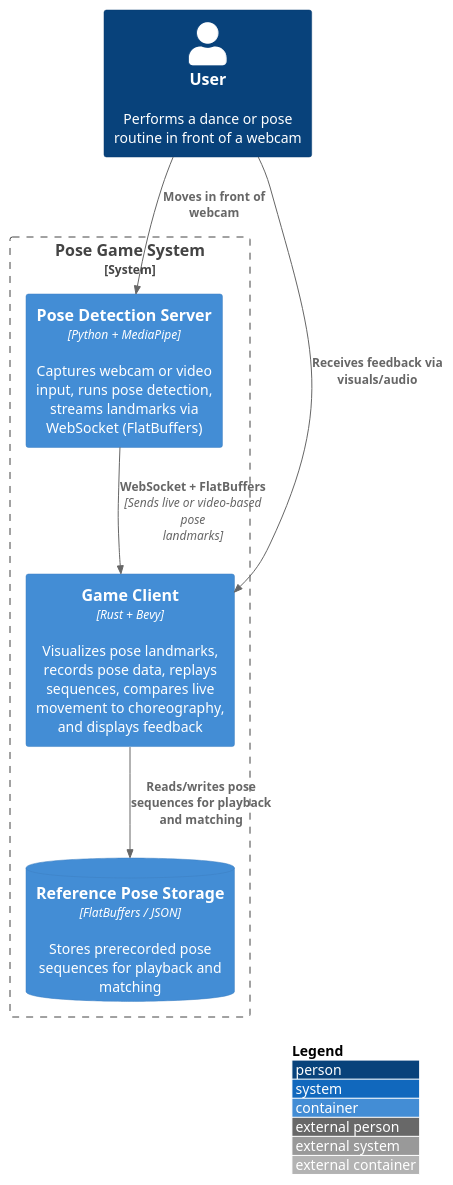
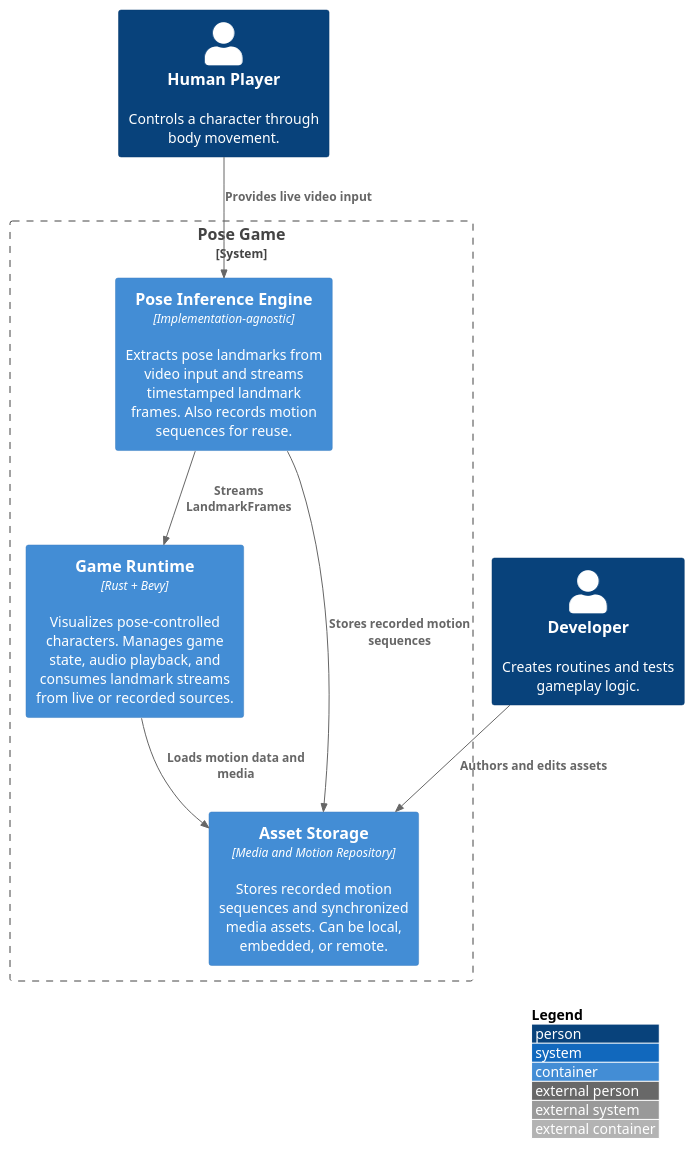
Before and after one commit to tobiaslocker/pose: the diagram in docs/arch/diagrams/c4-level-2-system-container.puml, drawn with PlantUML. The commit also changed 1 other file, not shown here.

```diff
--- a/docs/arch/diagrams/c4-level-2-system-container.puml
+++ b/docs/arch/diagrams/c4-level-2-system-container.puml
@@ -1,19 +1,16 @@
 @startuml
 !includeurl https://raw.githubusercontent.com/plantuml-stdlib/C4-PlantUML/master/C4_Container.puml
 LAYOUT_WITH_LEGEND()
-
-Person(user, "User", "Performs a dance or pose routine in front of a webcam")
-
-System_Boundary(game, "Pose Game System") {
-    Container(bevyApp, "Game Client", "Rust + Bevy", "Visualizes pose landmarks, records pose data, replays sequences, compares live movement to choreography, and displays feedback")
-    
-    Container(pythonServer, "Pose Detection Server", "Python + MediaPipe", "Captures webcam or video input, runs pose detection, streams landmarks via WebSocket (FlatBuffers)")
-
-    ContainerDb(recordings, "Reference Pose Storage", "FlatBuffers / JSON", "Stores prerecorded pose sequences for playback and matching")
+System_Boundary(poseGame, "Pose Game") {
+  Container(gameRuntime, "Game Runtime", "Rust + Bevy", "Visualizes pose-controlled characters. Manages game state, audio playback, and consumes landmark streams from live or recorded sources.")
+  Container(poseEngine, "Pose Inference Engine", "Implementation-agnostic", "Extracts pose landmarks from video input and streams timestamped landmark frames. Also records motion sequences for reuse.")
+  Container(assetStorage, "Asset Storage", "Media and Motion Repository", "Stores recorded motion sequences and synchronized media assets. Can be local, embedded, or remote.")
 }
-
-Rel(user, pythonServer, "Moves in front of webcam")
-Rel(pythonServer, bevyApp, "WebSocket + FlatBuffers", "Sends live or video-based pose landmarks")
-Rel(bevyApp, recordings, "Reads/writes pose sequences for playback and matching")
-Rel(user, bevyApp, "Receives feedback via visuals/audio")
+Person(player, "Human Player", "Controls a character through body movement.")
+Person(dev, "Developer", "Creates routines and tests gameplay logic.")
+Rel(player, poseEngine, "Provides live video input")
+Rel(poseEngine, gameRuntime, "Streams LandmarkFrames")
+Rel(gameRuntime, assetStorage, "Loads motion data and media")
+Rel(poseEngine, assetStorage, "Stores recorded motion sequences")
+Rel(dev, assetStorage, "Authors and edits assets")
 @enduml
```
